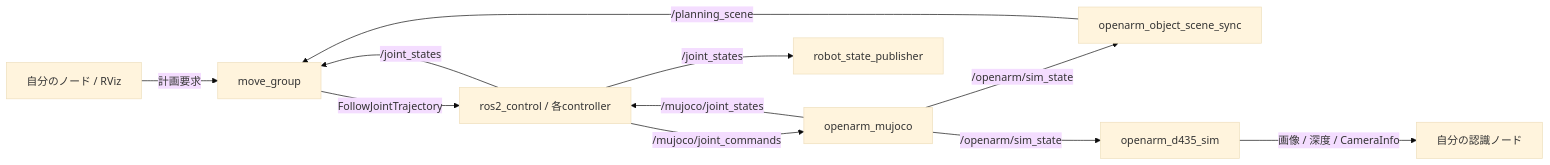
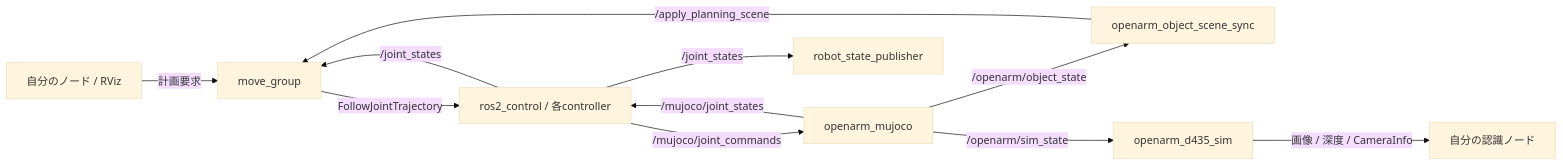
The diagram in README.md (Suzuki-Takaaki1015/OpenArm_sim), drawn with Mermaid (base theme) before and after one commit. The commit also changed other lines of this file and 35 other files, not shown here.

````diff
--- a/README.md
+++ b/README.md
@@ -529,13 +621,13 @@
 ```mermaid
 flowchart LR
   User[自分のノード / RViz] -->|計画要求| MoveIt[move_group]
   MoveIt -->|FollowJointTrajectory| Control[ros2_control / 各controller]
   Control -->|/mujoco/joint_commands| Physics[openarm_mujoco]
   Physics -->|/mujoco/joint_states| Control
   Control -->|/joint_states| TF[robot_state_publisher]
   Control -->|/joint_states| MoveIt
-  Physics -->|/openarm/sim_state| Scene[openarm_object_scene_sync]
-  Scene -->|/planning_scene| MoveIt
+  Physics -->|/openarm/object_state| Scene[openarm_object_scene_sync]
+  Scene -->|/apply_planning_scene| MoveIt
   Physics -->|/openarm/sim_state| Camera[openarm_d435_sim]
   Camera -->|画像 / 深度 / CameraInfo| Perception[自分の認識ノード]
 ```
````
